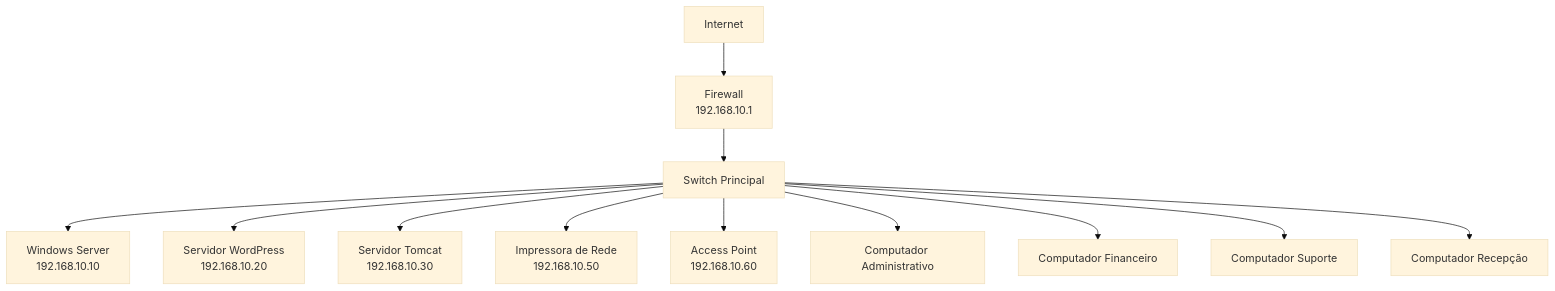
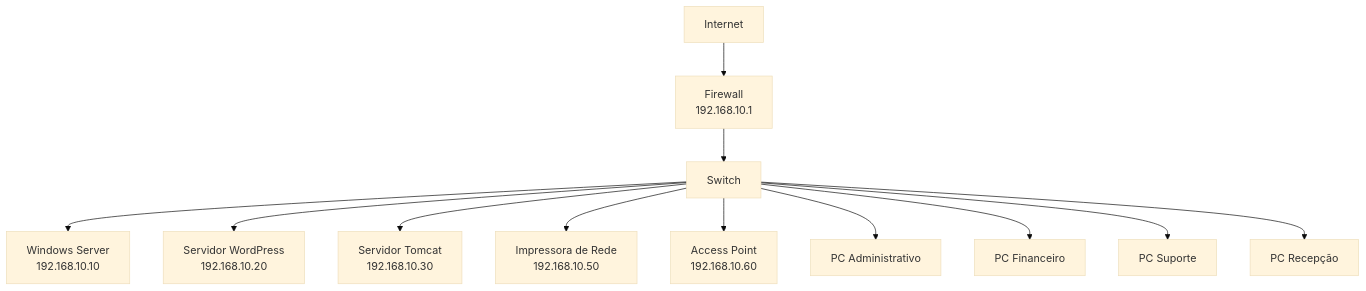
One commit to wilmeryf/infraestrutura-corporativa changed the diagram in README.md. Above: the diagram before and after it, drawn with Mermaid (base theme).

````diff
--- a/README.md
+++ b/README.md
@@ -45,39 +45,39 @@
 ```mermaid
 graph TD
 
 Internet[Internet]
 
 Firewall[Firewall<br>192.168.10.1]
 
-Switch[Switch Principal]
+Switch[Switch]
 
 AD[Windows Server<br>192.168.10.10]
 
 WP[Servidor WordPress<br>192.168.10.20]
 
 Tomcat[Servidor Tomcat<br>192.168.10.30]
 
 Printer[Impressora de Rede<br>192.168.10.50]
 
 AP[Access Point<br>192.168.10.60]
 
-PC1[Computador Administrativo]
-PC2[Computador Financeiro]
-PC3[Computador Suporte]
-PC4[Computador Recepção]
+PC1[PC Administrativo]
+PC2[PC Financeiro]
+PC3[PC Suporte]
+PC4[PC Recepção]
 
 Internet --> Firewall
 
 Firewall --> Switch
 
 Switch --> AD
 Switch --> WP
 Switch --> Tomcat
 Switch --> Printer
 Switch --> AP
 
 Switch --> PC1
 Switch --> PC2
 Switch --> PC3
 Switch --> PC4
 ```
````
